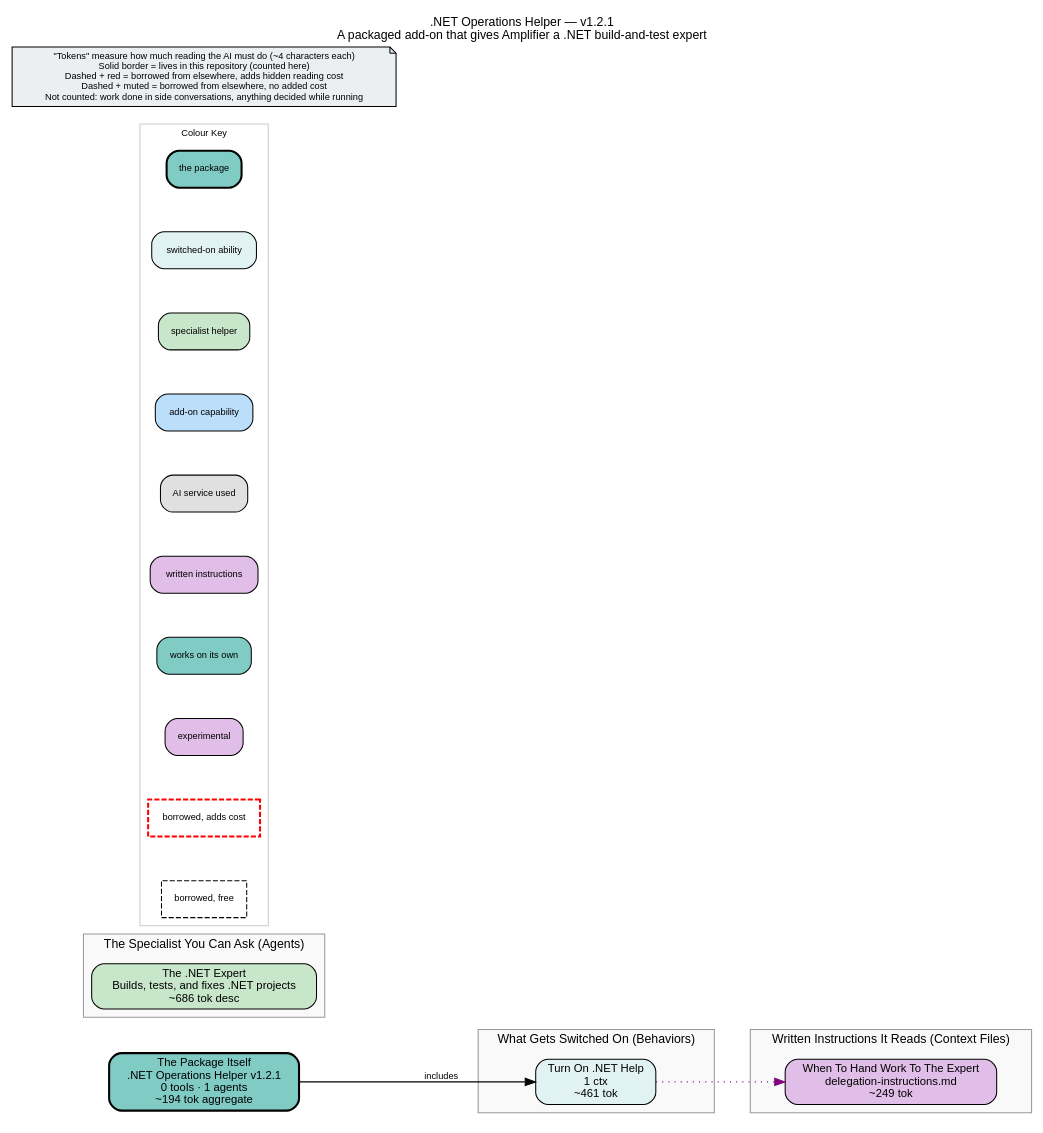
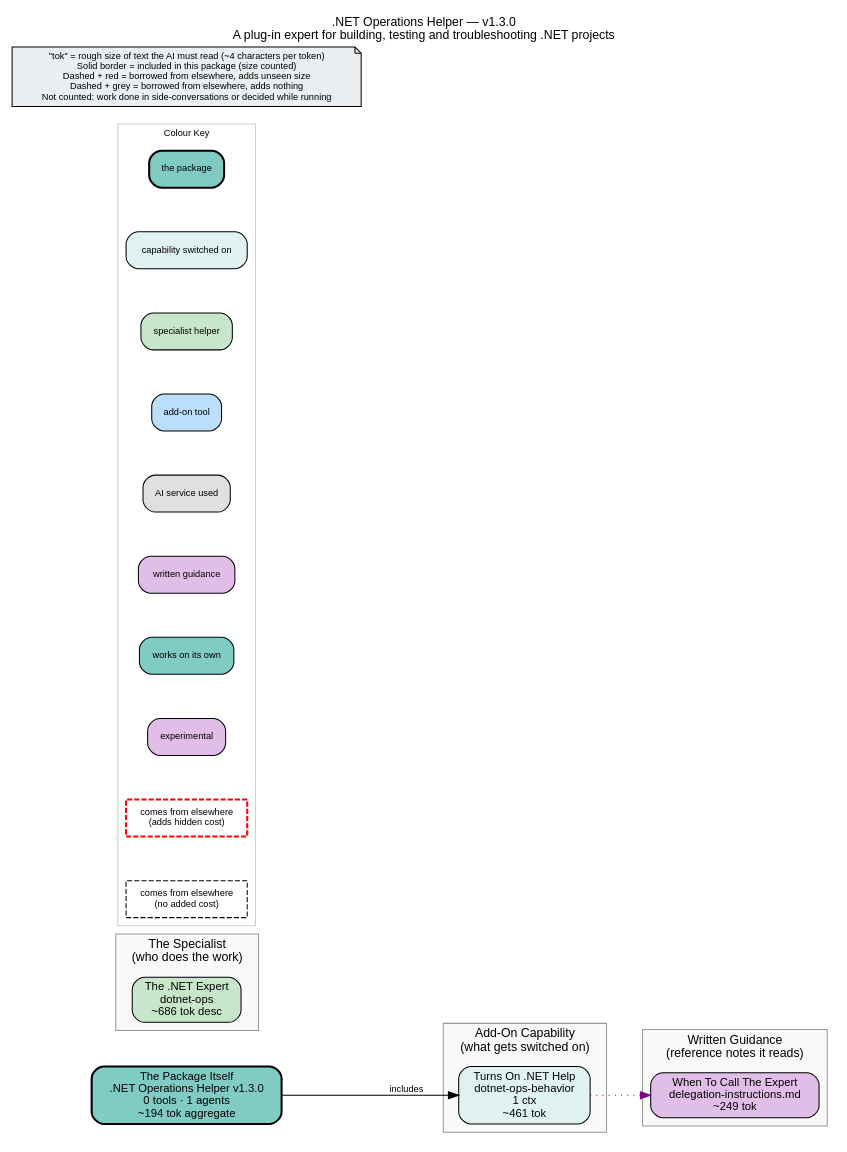
Before and after one commit to colombod/amplifier-bundle-dotnet-ops: the diagram in bundle.dot, drawn with Graphviz. The commit also changed 5 other files, not shown here.

```diff
--- a/bundle.dot
+++ b/bundle.dot
@@ -1,70 +1,71 @@
-// This repository packages a ready-made ".NET helper" assistant that Amplifier can install, so a project can get expert help with .NET build, test, and troubleshooting tasks.
+// This repository packages a ready-made ".NET helper" assistant: a single expert persona, plus the instructions that tell the main assistant when to hand .NET work over to it.
+
 digraph dotnet_ops {
     rankdir=LR
     fontname="Helvetica"
     fontsize=12
-    label=".NET Operations Helper — v1.2.1\nA packaged add-on that gives Amplifier a .NET build-and-test expert"
+    label=".NET Operations Helper — v1.3.0\nA plug-in expert for building, testing and troubleshooting .NET projects"
     labelloc=t
     labeljust=c
     nodesep=0.6
     ranksep=0.7
     bgcolor="white"
-    source_hash="94531b62e8594e83e48ceeb0b5c102f6bdf8eb645a441ce17d0b331c5adb53c2"
+    source_hash="007a8be326c6a7d94732809a638c4d4713f1186438f099260949f7967f9ba3ee"
 
     node [fontname="Helvetica", fontsize=11, style="filled,rounded"]
     edge [fontname="Helvetica", fontsize=9]
 
-    root_dotnet_ops [label="The Package Itself\n.NET Operations Helper v1.2.1\n0 tools · 1 agents\n~194 tok aggregate", shape=box, fillcolor="#80cbc4", style="filled,rounded,bold", penwidth=2]
+    root_dotnet_ops [label="The Package Itself\n.NET Operations Helper v1.3.0\n0 tools · 1 agents\n~194 tok aggregate", shape=box, fillcolor="#80cbc4", style="filled,rounded,bold", penwidth=2]
 
     subgraph cluster_behaviors {
-        label="What Gets Switched On (Behaviors)"
+        label="Add-On Capability\n(what gets switched on)"
         style="filled"
         fillcolor="#f9f9f9"
         color="#999999"
 
-        beh_dotnet_ops_behavior [label="Turn On .NET Help\n1 ctx\n~461 tok", shape=box, fillcolor="#e0f2f1", style="filled,rounded"]
+        beh_dotnet_ops_behavior [label="Turns On .NET Help\ndotnet-ops-behavior\n1 ctx\n~461 tok", shape=box, fillcolor="#e0f2f1", style="filled,rounded"]
     }
 
     subgraph cluster_agents {
-        label="The Specialist You Can Ask (Agents)"
+        label="The Specialist\n(who does the work)"
         style="filled"
         fillcolor="#f9f9f9"
         color="#999999"
 
-        agt_dotnet_ops [label="The .NET Expert\nBuilds, tests, and fixes .NET projects\n~686 tok desc", shape=box, fillcolor="#c8e6c9", style="filled,rounded"]
+        agt_dotnet_ops [label="The .NET Expert\ndotnet-ops\n~686 tok desc", shape=box, fillcolor="#c8e6c9", style="filled,rounded"]
     }
 
     subgraph cluster_context {
-        label="Written Instructions It Reads (Context Files)"
+        label="Written Guidance\n(reference notes it reads)"
         style="filled"
         fillcolor="#f9f9f9"
         color="#999999"
 
-        ctx_delegation_instructions_md [label="When To Hand Work To The Expert\ndelegation-instructions.md\n~249 tok", shape=box, fillcolor="#e1bee7", style="filled,rounded"]
+        ctx_delegation_instructions_md [label="When To Call The Expert\ndelegation-instructions.md\n~249 tok", shape=box, fillcolor="#e1bee7", style="filled,rounded"]
     }
 
     subgraph cluster_legend {
         label="Colour Key"
         style="filled"
         fillcolor="white"
         color="#cccccc"
         fontsize=9
 
         leg_root [label="the package", shape=box, fillcolor="#80cbc4", style="filled,rounded,bold", fontsize=9]
-        leg_behavior [label="switched-on ability", shape=box, fillcolor="#e0f2f1", style="filled,rounded", fontsize=9]
+        leg_behavior [label="capability switched on", shape=box, fillcolor="#e0f2f1", style="filled,rounded", fontsize=9]
         leg_agent [label="specialist helper", shape=box, fillcolor="#c8e6c9", style="filled,rounded", fontsize=9]
-        leg_module [label="add-on capability", shape=box, fillcolor="#bbdefb", style="filled,rounded", fontsize=9]
+        leg_module [label="add-on tool", shape=box, fillcolor="#bbdefb", style="filled,rounded", fontsize=9]
         leg_provider [label="AI service used", shape=box, fillcolor="#e0e0e0", style="filled,rounded", fontsize=9]
-        leg_context [label="written instructions", shape=box, fillcolor="#e1bee7", style="filled,rounded", fontsize=9]
+        leg_context [label="written guidance", shape=box, fillcolor="#e1bee7", style="filled,rounded", fontsize=9]
         leg_standalone [label="works on its own", shape=box, fillcolor="#80cbc4", style="filled,rounded", fontsize=9]
         leg_experiment [label="experimental", shape=box, fillcolor="#e1bee7", style="filled,rounded", fontsize=9]
-        leg_ext_cost [label="borrowed, adds cost", shape=box, fillcolor="#80cbc4", style="dashed", color="red", penwidth=2, fontsize=9]
-        leg_ext_muted [label="borrowed, free", shape=box, fillcolor="#f5f5f5", style="dashed", fontsize=9]
+        leg_ext_cost [label="comes from elsewhere\n(adds hidden cost)", shape=box, fillcolor="#80cbc4", style="dashed", color="red", penwidth=2, fontsize=9]
+        leg_ext_muted [label="comes from elsewhere\n(no added cost)", shape=box, fillcolor="#f5f5f5", style="dashed", fontsize=9]
     }
 
-    disclaimer [label="\"Tokens\" measure how much reading the AI must do (~4 characters each)\nSolid border = lives in this repository (counted here)\nDashed + red = borrowed from elsewhere, adds hidden reading cost\nDashed + muted = borrowed from elsewhere, no added cost\nNot counted: work done in side conversations, anything decided while running", shape=note, fillcolor="#eceff1", style="filled", fontsize=9]
+    disclaimer [label="\"tok\" = rough size of text the AI must read (~4 characters per token)\nSolid border = included in this package (size counted)\nDashed + red = borrowed from elsewhere, adds unseen size\nDashed + grey = borrowed from elsewhere, adds nothing\nNot counted: work done in side-conversations or decided while running", shape=note, fillcolor="#eceff1", style="filled", fontsize=9]
 
 
     root_dotnet_ops -> beh_dotnet_ops_behavior [label="includes"]
     beh_dotnet_ops_behavior -> ctx_delegation_instructions_md [style=dotted, color=purple]
 }
```
